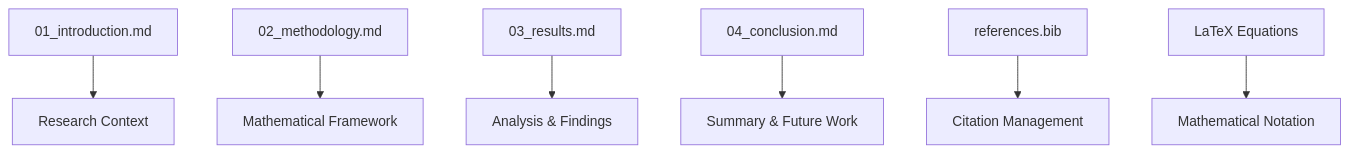
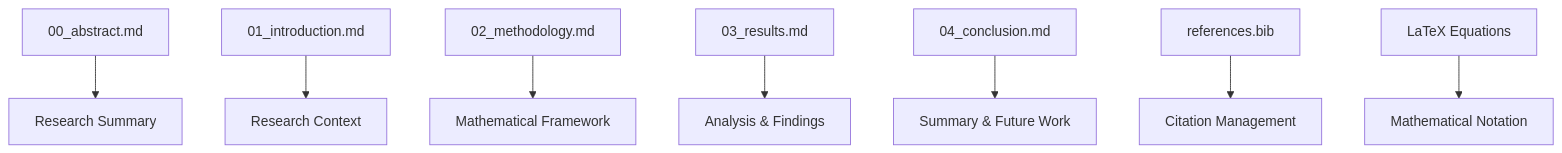
The diagram in projects/prose_project/manuscript/README.md (docxology/template), drawn with Mermaid before and after one commit. The commit also changed other lines of this file and 120 other files, not shown here.

````diff
--- a/projects/prose_project/manuscript/README.md
+++ b/projects/prose_project/manuscript/README.md
@@ -72,10 +73,11 @@
 ```mermaid
 graph TD
-    A[01_introduction.md] --> B[Research Context]
-    C[02_methodology.md] --> D[Mathematical Framework]
-    E[03_results.md] --> F[Analysis & Findings]
-    G[04_conclusion.md] --> H[Summary & Future Work]
+    A[00_abstract.md] --> B[Research Summary]
+    C[01_introduction.md] --> D[Research Context]
+    E[02_methodology.md] --> F[Mathematical Framework]
+    G[03_results.md] --> H[Analysis & Findings]
+    I[04_conclusion.md] --> J[Summary & Future Work]
 
-    I[references.bib] --> J[Citation Management]
-    K[LaTeX Equations] --> L[Mathematical Notation]
+    K[references.bib] --> L[Citation Management]
+    M[LaTeX Equations] --> N[Mathematical Notation]
 ```
````
